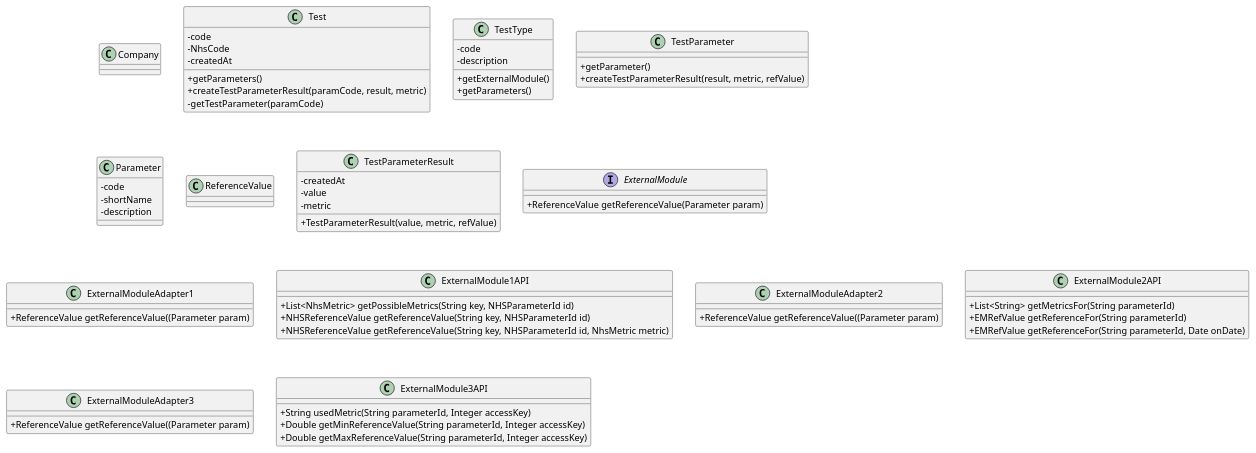
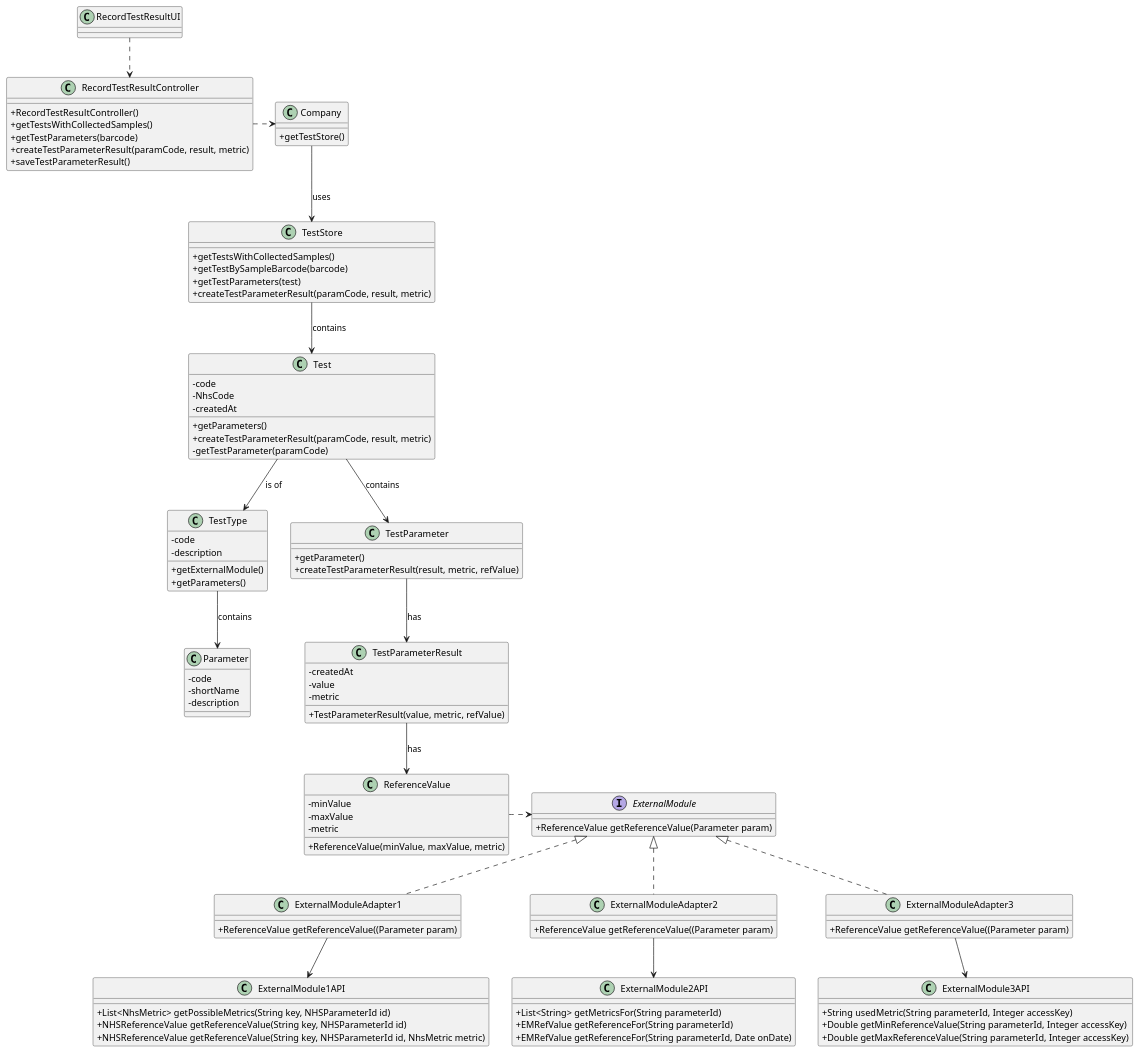
Before and after one commit to MadDinosaur/ISEP-LAPR2: the diagram in docs/SprintC/US12/US12_CD.puml, drawn with PlantUML. The commit also changed 6 other files, not shown here.

Commit message:
Added External Module classes.

```diff
--- a/docs/SprintC/US12/US12_CD.puml
+++ b/docs/SprintC/US12/US12_CD.puml
@@ -1,61 +1,99 @@
 @startuml
 skinparam classAttributeIconSize 0
-class Company
+class Company {
++ getTestStore()
+}
 class Test {
 -code
 -NhsCode
 -createdAt
 + getParameters()
 + createTestParameterResult(paramCode, result, metric)
 - getTestParameter(paramCode)
 }
 class TestType {
 -code
 -description
 + getExternalModule()
 + getParameters()
 }
 class TestParameter {
 + getParameter()
 + createTestParameterResult(result, metric, refValue)
 }
+class TestStore {
++ getTestsWithCollectedSamples()
++ getTestBySampleBarcode(barcode)
++ getTestParameters(test)
++ createTestParameterResult(paramCode, result, metric)
+}
 class Parameter {
 -code
 -shortName
 -description
 }
-class ReferenceValue
+class ReferenceValue {
+-minValue
+-maxValue
+-metric
++ReferenceValue(minValue, maxValue, metric)
+}
 class TestParameterResult {
 -createdAt
 -value
 -metric
 + TestParameterResult(value, metric, refValue)
 }
 interface ExternalModule {
 + ReferenceValue getReferenceValue(Parameter param)
 }
 class ExternalModuleAdapter1 {
 + ReferenceValue getReferenceValue((Parameter param)
 }
 class ExternalModule1API {
 + List<NhsMetric> getPossibleMetrics(String key, NHSParameterId id)
 + NHSReferenceValue getReferenceValue(String key, NHSParameterId id)
 + NHSReferenceValue getReferenceValue(String key, NHSParameterId id, NhsMetric metric)
 }
 class ExternalModuleAdapter2 {
 + ReferenceValue getReferenceValue((Parameter param)
 }
 class ExternalModule2API {
 + List<String> getMetricsFor(String parameterId)
 + EMRefValue getReferenceFor(String parameterId)
 + EMRefValue getReferenceFor(String parameterId, Date onDate)
 }
 class ExternalModuleAdapter3 {
 + ReferenceValue getReferenceValue((Parameter param)
 }
 class ExternalModule3API {
 + String usedMetric(String parameterId, Integer accessKey)
 + Double getMinReferenceValue(String parameterId, Integer accessKey)
 + Double getMaxReferenceValue(String parameterId, Integer accessKey)
 }
+class RecordTestResultUI
+class RecordTestResultController {
++ RecordTestResultController()
++ getTestsWithCollectedSamples()
++ getTestParameters(barcode)
++ createTestParameterResult(paramCode, result, metric)
++ saveTestParameterResult()
+}
+
+RecordTestResultUI ..> RecordTestResultController
+RecordTestResultController .right.> Company
+Company --> TestStore : uses
+TestStore --> Test : contains
+ReferenceValue .right.> ExternalModule
+Test --> TestParameter : contains
+Test --> TestType : is of
+TestType --> Parameter : contains
+TestParameter --> TestParameterResult : has
+TestParameterResult --> ReferenceValue : has
+ExternalModule <|.. ExternalModuleAdapter1
+ExternalModule <|.. ExternalModuleAdapter2
+ExternalModule <|.. ExternalModuleAdapter3
+ExternalModuleAdapter1 --> ExternalModule1API
+ExternalModuleAdapter2 --> ExternalModule2API
+ExternalModuleAdapter3 --> ExternalModule3API
 @enduml
```
